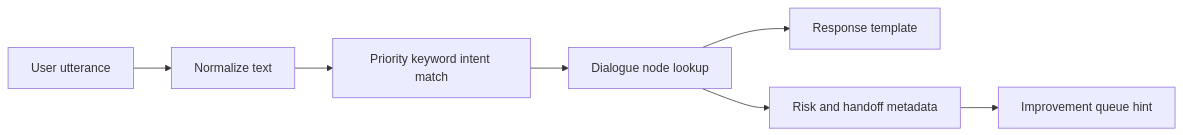
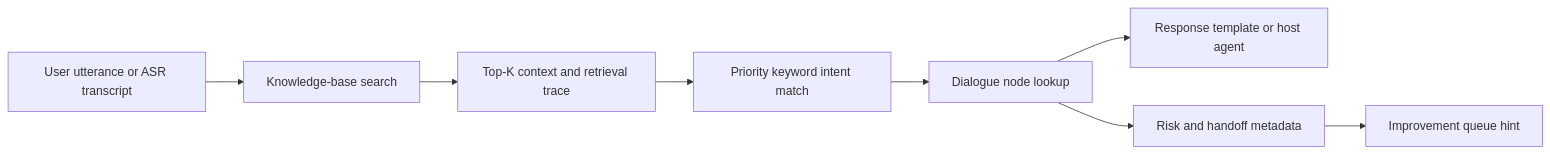
One commit to lacocayxanh025-png/voice-agent-lab changed the diagram in docs/architecture.md. Above: the diagram before and after it, drawn with Mermaid. The commit also changed other lines of this file and 13 other files, not shown here.

Commit message:
Add customer knowledge-base retrieval integration

````diff
--- a/docs/architecture.md
+++ b/docs/architecture.md
@@ -5,9 +5,10 @@
 ```mermaid
 flowchart LR
-  A["User utterance"] --> B["Normalize text"]
-  B --> C["Priority keyword intent match"]
-  C --> D["Dialogue node lookup"]
-  D --> E["Response template"]
-  D --> F["Risk and handoff metadata"]
-  F --> G["Improvement queue hint"]
+  A["User utterance or ASR transcript"] --> B["Knowledge-base search"]
+  B --> C["Top-K context and retrieval trace"]
+  C --> D["Priority keyword intent match"]
+  D --> E["Dialogue node lookup"]
+  E --> F["Response template or host agent"]
+  E --> G["Risk and handoff metadata"]
+  G --> H["Improvement queue hint"]
 ```
````
